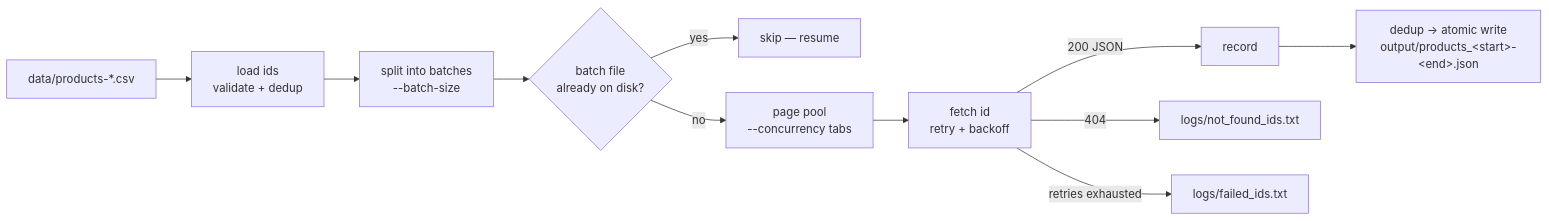
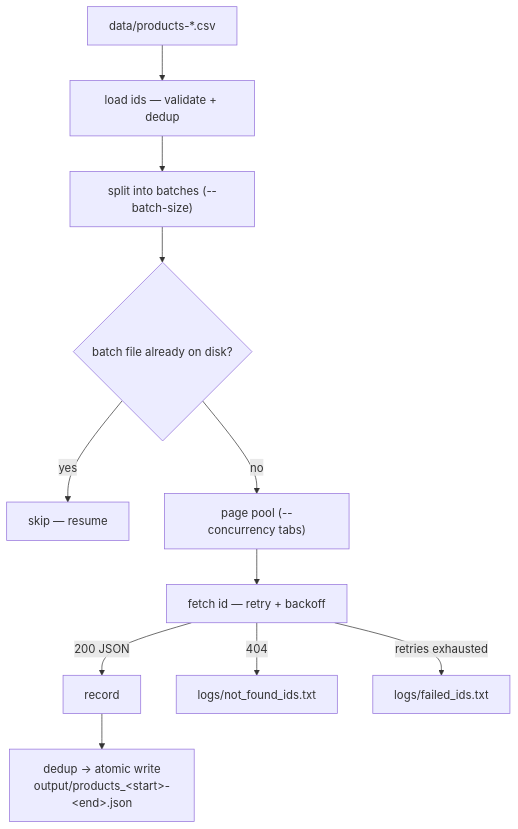
The diagram in README.md (giangthuyle/tiki-scraper), drawn with Mermaid before and after one commit. The commit also changed other lines of this file, not shown here.

Commit message:
docs: make the pipeline diagram top-down
Left-to-right forced a wide scroll; vertical fits the README column.

````diff
--- a/README.md
+++ b/README.md
@@ -27,13 +27,13 @@
 ```mermaid
-flowchart LR
-    CSV["data/products-*.csv"] --> IDS["load ids<br/>validate + dedup"]
-    IDS --> BATCH["split into batches<br/>--batch-size"]
-    BATCH --> SKIP{"batch file<br/>already on disk?"}
+flowchart TD
+    CSV["data/products-*.csv"] --> IDS["load ids — validate + dedup"]
+    IDS --> BATCH["split into batches (--batch-size)"]
+    BATCH --> SKIP{"batch file already on disk?"}
     SKIP -->|yes| DONE["skip — resume"]
-    SKIP -->|no| POOL["page pool<br/>--concurrency tabs"]
-    POOL --> FETCH["fetch id<br/>retry + backoff"]
+    SKIP -->|no| POOL["page pool (--concurrency tabs)"]
+    POOL --> FETCH["fetch id — retry + backoff"]
     FETCH -->|200 JSON| OK["record"]
     FETCH -->|404| NF["logs/not_found_ids.txt"]
     FETCH -->|retries exhausted| FAIL["logs/failed_ids.txt"]
     OK --> WRITE["dedup → atomic write<br/>output/products_&lt;start&gt;-&lt;end&gt;.json"]
 ```
````
